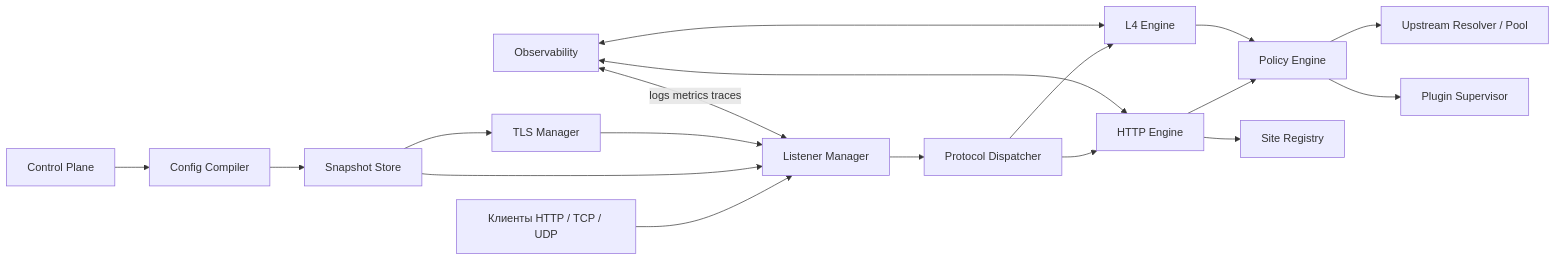
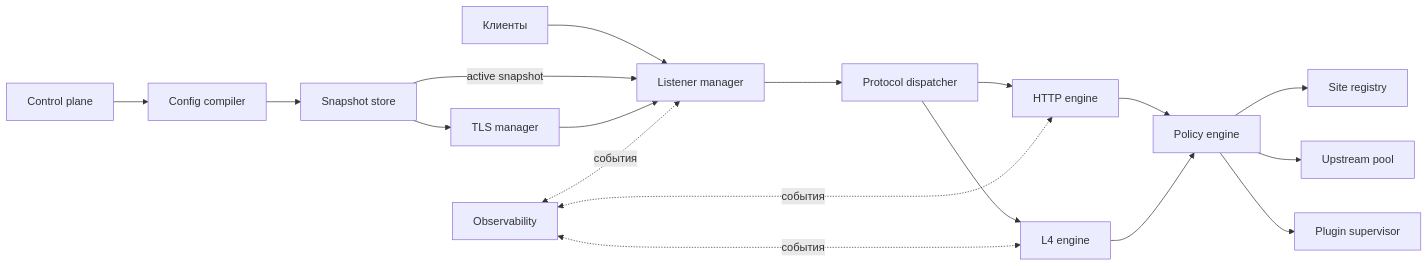
One commit to Liapoldus/liapoldus.github.io changed the first of 2 diagrams in gateway/architecture/gateway.md. Above: the diagram before and after it, drawn with Mermaid. The commit also changed other lines of this file and 6 other files, not shown here.

First line of the commit message:
docs: один канон IPC (protocol.md); contract сведён к стубу; переписаны architecture и product

````diff
--- a/gateway/architecture/gateway.md
+++ b/gateway/architecture/gateway.md
@@ -7,20 +7,21 @@
 ```mermaid
 flowchart LR
-  C[Клиенты HTTP / TCP / UDP] --> LM[Listener Manager]
-  LM --> PD[Protocol Dispatcher]
-  PD --> HE[HTTP Engine]
-  PD --> LE[L4 Engine]
-  HE --> PE[Policy Engine]
+  C[Клиенты] --> LM[Listener manager]
+  LM --> PD[Protocol dispatcher]
+  PD --> HE[HTTP engine]
+  PD --> LE[L4 engine]
+  HE --> PE[Policy engine]
   LE --> PE
-  PE --> UP[Upstream Resolver / Pool]
-  PE --> PS[Plugin Supervisor]
-  HE --> SR[Site Registry]
-  CC[Config Compiler] --> SS[Snapshot Store]
-  SS --> LM
-  SS --> TM[TLS Manager]
+  PE --> SR[Site registry]
+  PE --> UP[Upstream pool]
+  PE --> PS[Plugin supervisor]
+
+  CP[Control plane] --> CC[Config compiler]
+  CC --> SS[Snapshot store]
+  SS -->|active snapshot| LM
+  SS --> TM[TLS manager]
   TM --> LM
-  CP[Control Plane] --> CC
-  O[Observability] <-->|logs metrics traces| LM
-  O <--> HE
-  O <--> LE
+  O[Observability] <-. события .-> LM
+  O <-. события .-> HE
+  O <-. события .-> LE
 ```
````
